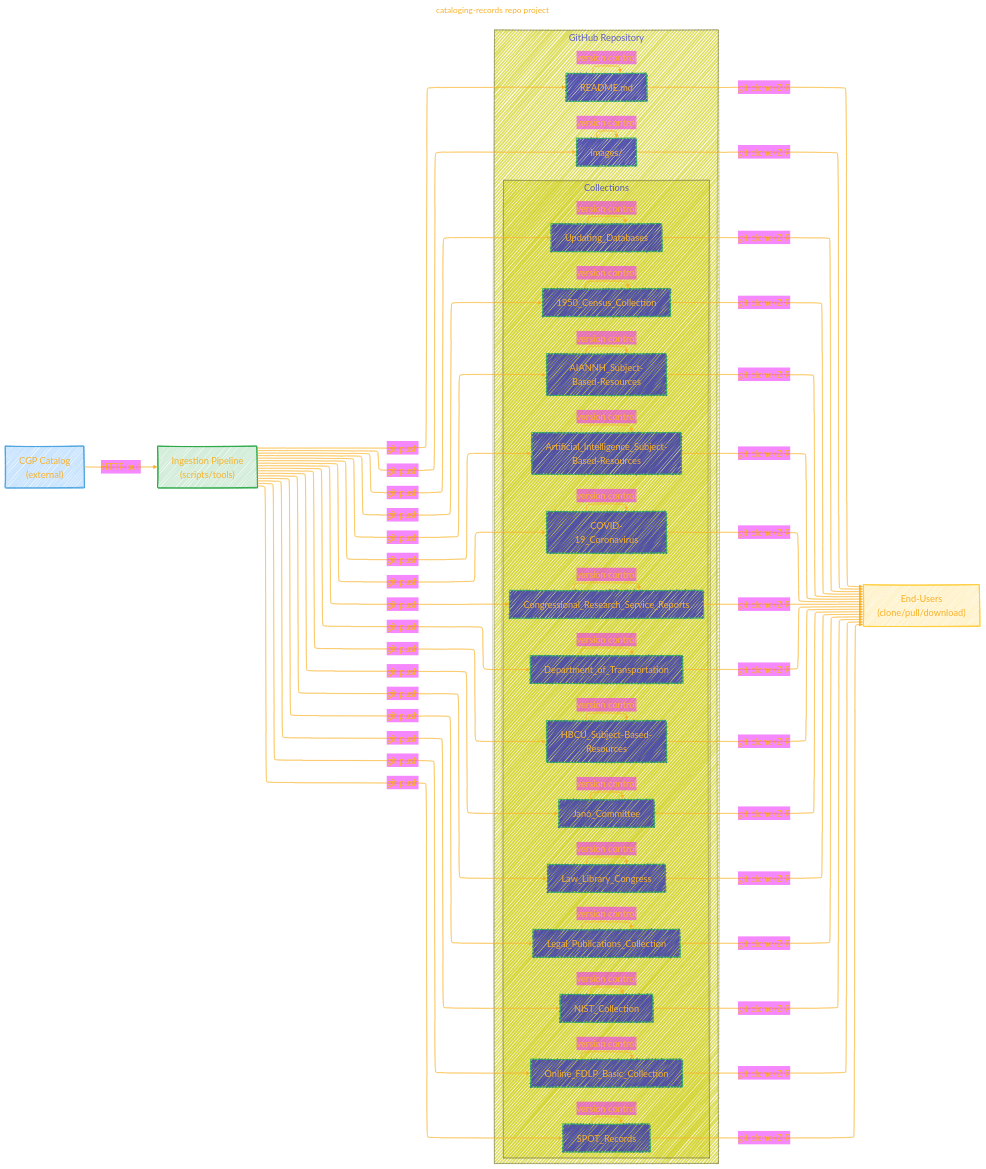
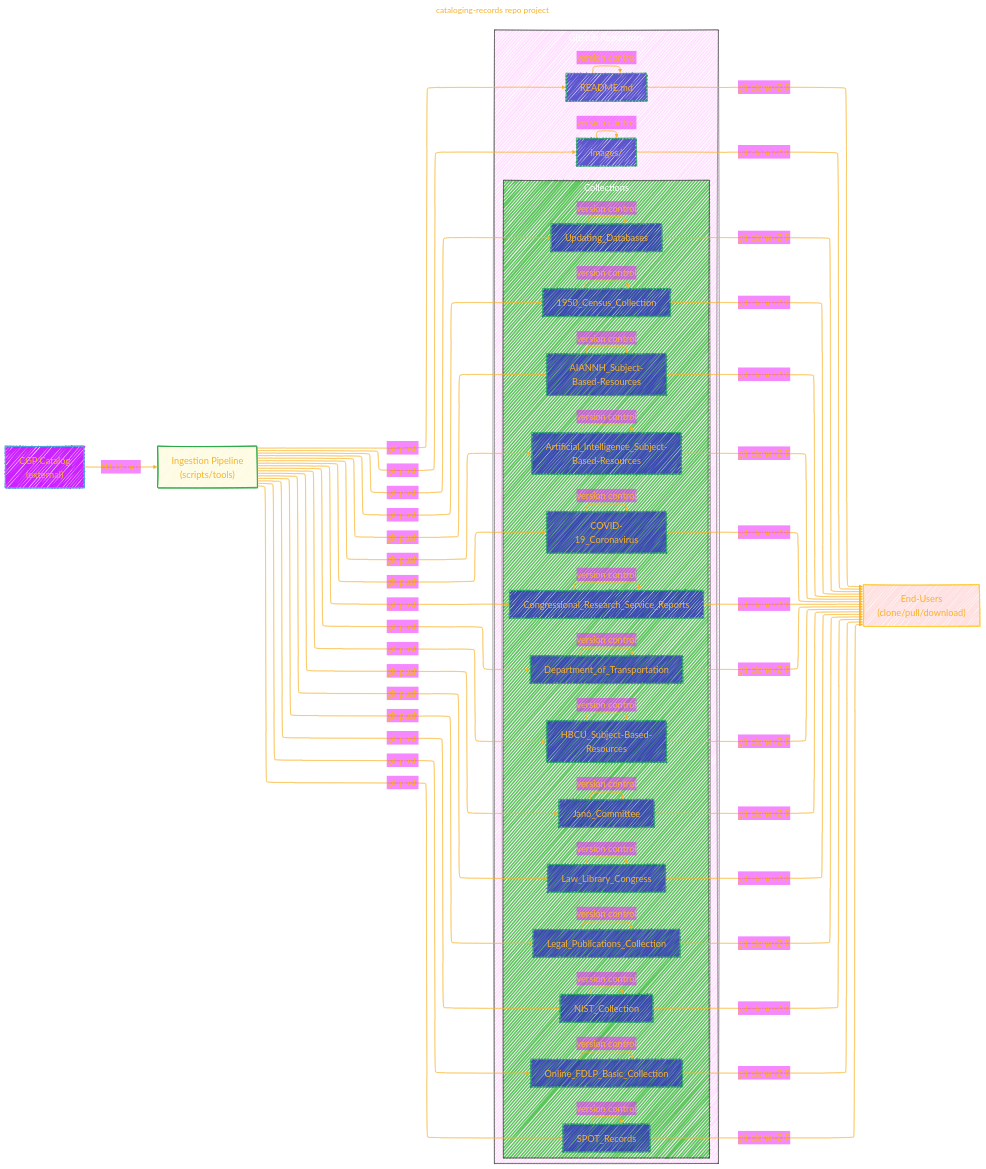
One commit to CongLeSolutionX/ArchExplorer changed the first of 2 diagrams in usgpo/cataloging-records.md. Above: the diagram before and after it, drawn with Mermaid.

Commit message:
update notes

````diff
--- a/usgpo/cataloging-records.md
+++ b/usgpo/cataloging-records.md
@@ -76,16 +76,18 @@
 }%%
 flowchart LR
     %% External Data Source
-    CGP["CGP Catalog\n(external)"]:::external
+    CGP["CGP Catalog<br/>(external)"]:::external
 
     %% Processing Pipeline
-    Pipeline["Ingestion Pipeline\n(scripts/tools)"]:::pipeline
+    Pipeline["Ingestion Pipeline<br/>(scripts/tools)"]:::pipeline
 
     %% GitHub Repository Storage
-    subgraph "GitHub Repository" 
+    subgraph GitHub_Repository["GitHub Repository"]
+    style GitHub_Repository fill:#F2F2,stroke:#333,stroke-width:1px, color: #FFFF
         Repo_README["README.md"] 
         Repo_Images["images/"]
-        subgraph "Collections"
+        subgraph Collections["Collections"]
+        style Collections fill:#2B2B,stroke:#333,stroke-width:1px, color: #FFFF
             C1["1950_Census_Collection"]
             C2["AIANNH_Subject-Based-Resources"]
             C3["Artificial_Intelligence_Subject-Based-Resources"]
@@ -104,7 +106,7 @@
     end
 
     %% Consumers
-    Users["End-Users\n(clone/pull/download)"]:::consumer
+    Users["End-Users<br/>(clone/pull/download)"]:::consumer
 
     %% Data Flow
     CGP -->|"HTTP pull"| Pipeline
@@ -180,9 +182,9 @@
     click C14 "https://github.com/usgpo/cataloging-records/tree/main/Updating_Databases"
 
     %% Styles
-    classDef external fill:#cce5ff,stroke:#4aa3df,stroke-width:2px
-    classDef pipeline fill:#d4edda,stroke:#28a745,stroke-width:2px
-    classDef storage fill:#ffe5b4,stroke:#ff9f00,stroke-width:2px
-    classDef consumer fill:#fff3cd,stroke:#ffcd39,stroke-width:2px
+    classDef external fill:#c2ff,stroke:#4aa3df,stroke-width:2px
+    classDef pipeline fill:#ed22,stroke:#28a745,stroke-width:2px
+    classDef storage fill:#f5b4,stroke:#ff9f00,stroke-width:2px
+    classDef consumer fill:#f222,stroke:#ffcd39,stroke-width:2px
 
 ```
````
